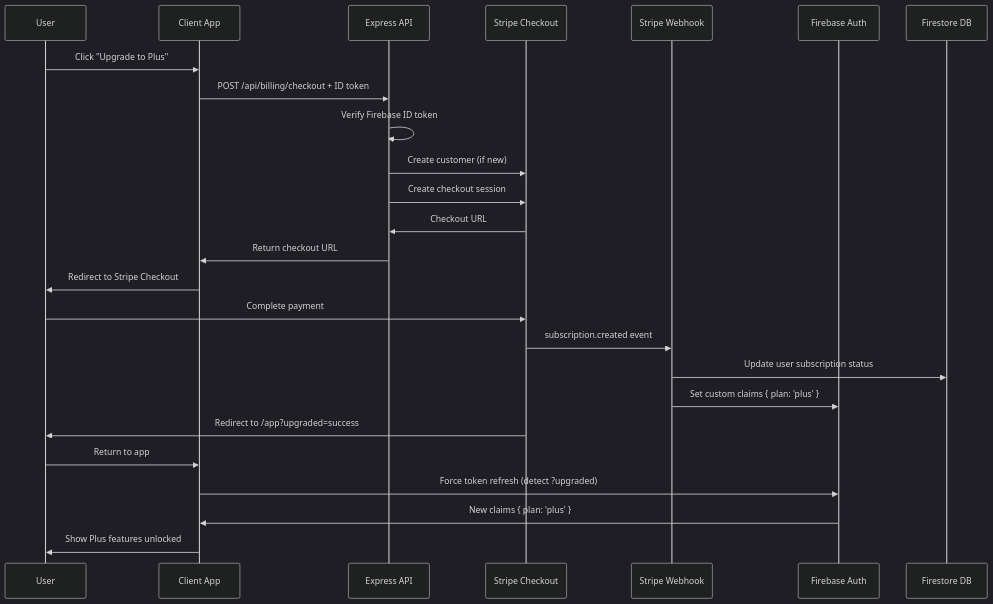
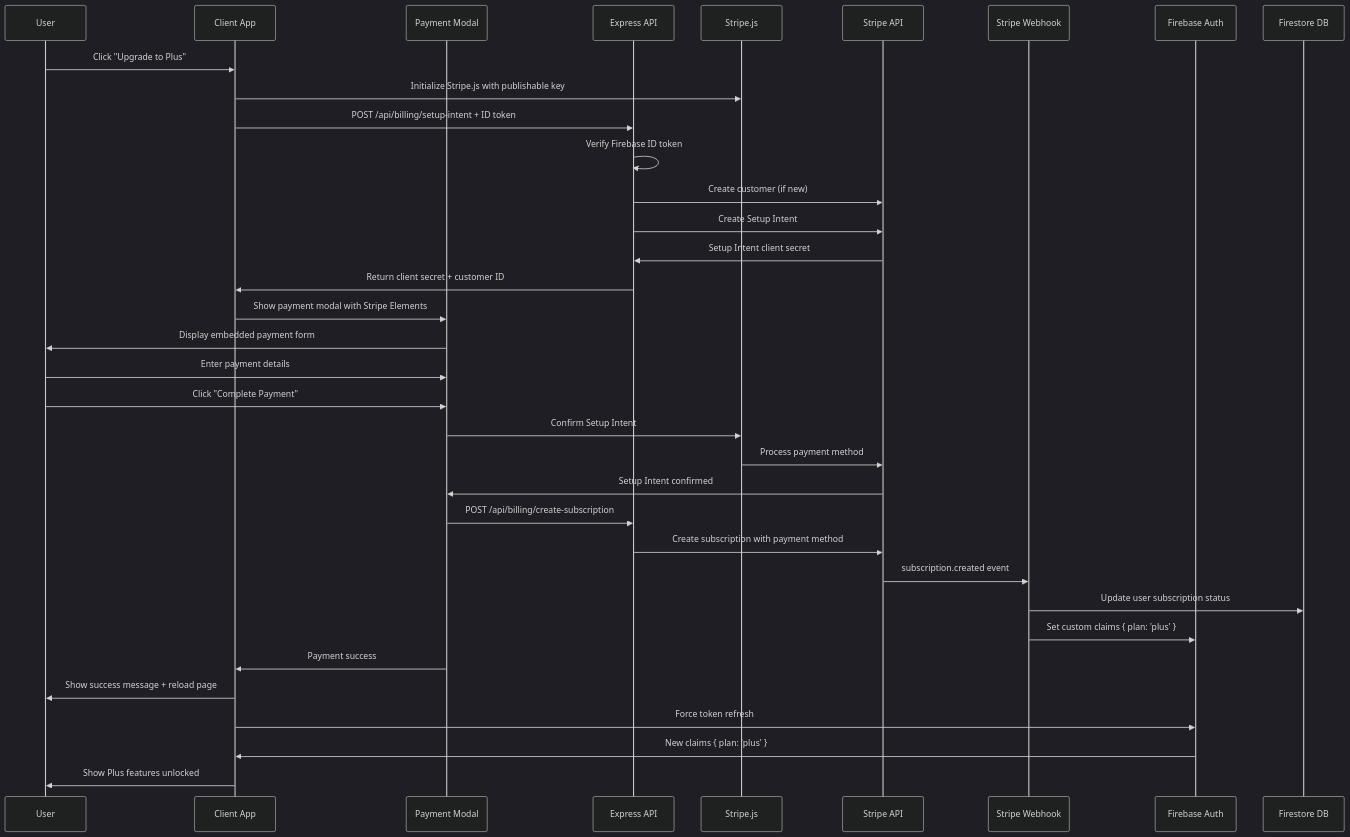
The fifth of 7 diagrams in docs/auth-and-billing-flows.md (Deedubsy/BudgetBuckets), drawn with Mermaid (dark theme) before and after one commit. The commit also changed other lines of this file and 2 other files, not shown here.

First line of the commit message:
docs: Update documentation for Stripe.js modernization

````diff
--- a/docs/auth-and-billing-flows.md
+++ b/docs/auth-and-billing-flows.md
@@ -233,30 +233,40 @@
 ```mermaid
 sequenceDiagram
     participant U as User
     participant App as Client App
+    participant Modal as Payment Modal
     participant API as Express API
-    participant Stripe as Stripe Checkout
+    participant Stripe as Stripe.js
+    participant StripeAPI as Stripe API
     participant Webhook as Stripe Webhook
     participant Firebase as Firebase Auth
     participant Firestore as Firestore DB
 
     U->>App: Click "Upgrade to Plus"
-    App->>API: POST /api/billing/checkout + ID token
+    App->>Stripe: Initialize Stripe.js with publishable key
+    App->>API: POST /api/billing/setup-intent + ID token
     API->>API: Verify Firebase ID token
-    API->>Stripe: Create customer (if new)
-    API->>Stripe: Create checkout session
-    Stripe->>API: Checkout URL
-    API->>App: Return checkout URL
-    App->>U: Redirect to Stripe Checkout
+    API->>StripeAPI: Create customer (if new)
+    API->>StripeAPI: Create Setup Intent
+    StripeAPI->>API: Setup Intent client secret
+    API->>App: Return client secret + customer ID
+    App->>Modal: Show payment modal with Stripe Elements
+    Modal->>U: Display embedded payment form
     
-    U->>Stripe: Complete payment
-    Stripe->>Webhook: subscription.created event
+    U->>Modal: Enter payment details
+    U->>Modal: Click "Complete Payment"
+    Modal->>Stripe: Confirm Setup Intent
+    Stripe->>StripeAPI: Process payment method
+    StripeAPI->>Modal: Setup Intent confirmed
+    Modal->>API: POST /api/billing/create-subscription
+    API->>StripeAPI: Create subscription with payment method
+    StripeAPI->>Webhook: subscription.created event
     Webhook->>Firestore: Update user subscription status
     Webhook->>Firebase: Set custom claims { plan: 'plus' }
-    Stripe->>U: Redirect to /app?upgraded=success
     
-    U->>App: Return to app
-    App->>Firebase: Force token refresh (detect ?upgraded)
+    Modal->>App: Payment success
+    App->>U: Show success message + reload page
+    App->>Firebase: Force token refresh
     Firebase->>App: New claims { plan: 'plus' }
     App->>U: Show Plus features unlocked
 ```
````
